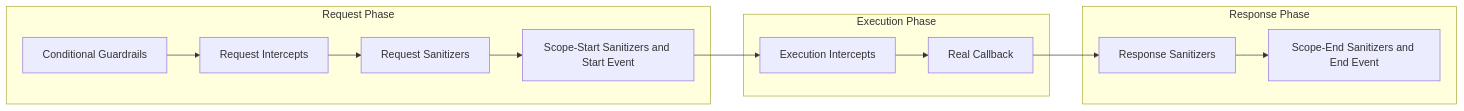
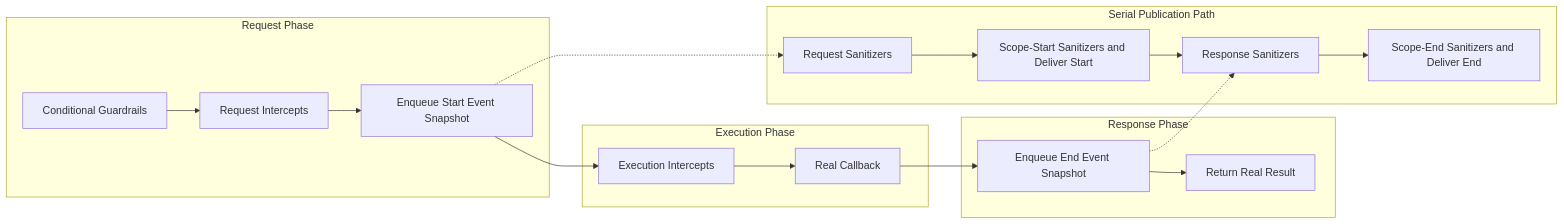
One commit to NVIDIA/NeMo-Relay changed the first of 3 diagrams in docs/about-nemo-relay/concepts/middleware.mdx. Above: the diagram before and after it, drawn with Mermaid. The commit also changed other lines of this file, not shown here.

Commit message:
docs: clarify queued sanitizer ordering

````diff
--- a/docs/about-nemo-relay/concepts/middleware.mdx
+++ b/docs/about-nemo-relay/concepts/middleware.mdx
@@ -241,25 +241,35 @@
 ```mermaid
 flowchart LR
     subgraph RequestPhase[Request Phase]
         Conditional[Conditional Guardrails]
         RequestIntercepts[Request Intercepts]
-        RequestSanitizers[Request Sanitizers]
-        StartEvent[Scope-Start Sanitizers and Start Event]
-        Conditional --> RequestIntercepts --> RequestSanitizers --> StartEvent
+        QueueStart[Enqueue Start Event Snapshot]
+        Conditional --> RequestIntercepts --> QueueStart
     end
 
     subgraph ExecutionPhase[Execution Phase]
         ExecutionIntercepts[Execution Intercepts]
         Callback[Real Callback]
         ExecutionIntercepts --> Callback
     end
 
     subgraph ResponsePhase[Response Phase]
-        ResponseSanitizers[Response Sanitizers]
-        EndEvent[Scope-End Sanitizers and End Event]
-        ResponseSanitizers --> EndEvent
+        QueueEnd[Enqueue End Event Snapshot]
+        Return[Return Real Result]
+        QueueEnd --> Return
     end
 
-    StartEvent --> ExecutionIntercepts
-    Callback --> ResponseSanitizers
+    QueueStart --> ExecutionIntercepts
+    Callback --> QueueEnd
+
+    subgraph PublicationPath[Serial Publication Path]
+        RequestSanitizers[Request Sanitizers]
+        StartEvent[Scope-Start Sanitizers and Deliver Start]
+        ResponseSanitizers[Response Sanitizers]
+        EndEvent[Scope-End Sanitizers and Deliver End]
+        RequestSanitizers --> StartEvent --> ResponseSanitizers --> EndEvent
+    end
+
+    QueueStart -.-> RequestSanitizers
+    QueueEnd -.-> ResponseSanitizers
 ```
````
